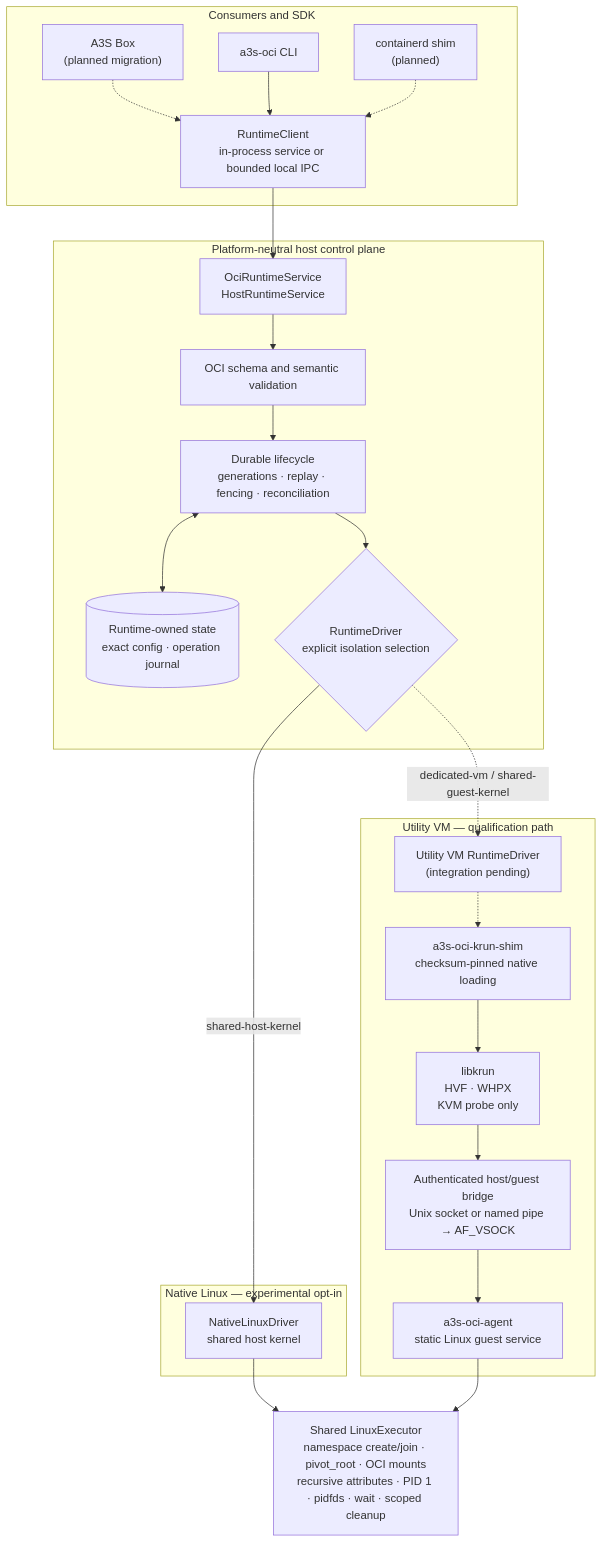
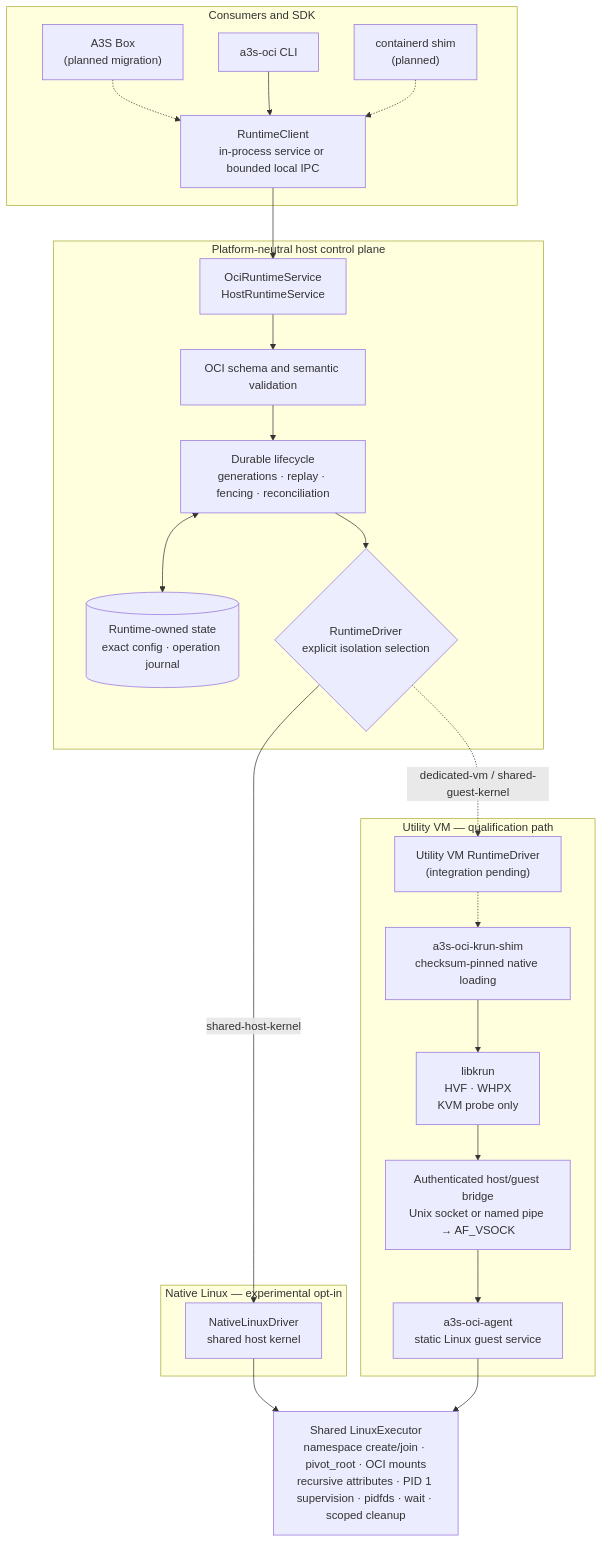
The diagram in README.md (A3S-Lab/OCI-Runtime), drawn with Mermaid before and after one commit. The commit also changed other lines of this file and 23 other files, not shown here.

Commit message:
feat(executor): supervise namespace PID 1

````diff
--- a/README.md
+++ b/README.md
@@ -512,46 +513,46 @@
 ```mermaid
 flowchart TB
     subgraph consumers["Consumers and SDK"]
         box["A3S Box<br/>(planned migration)"]
         cli["a3s-oci CLI"]
         containerd["containerd shim<br/>(planned)"]
         client["RuntimeClient<br/>in-process service or bounded local IPC"]
         box -.-> client
         cli --> client
         containerd -.-> client
     end
 
     subgraph control["Platform-neutral host control plane"]
         service["OciRuntimeService<br/>HostRuntimeService"]
         validation["OCI schema and semantic validation"]
         lifecycle["Durable lifecycle<br/>generations · replay · fencing · reconciliation"]
         state[("Runtime-owned state<br/>exact config · operation journal")]
         selection{"RuntimeDriver<br/>explicit isolation selection"}
 
         service --> validation --> lifecycle --> selection
         lifecycle <--> state
     end
 
     subgraph native["Native Linux — experimental opt-in"]
         native_driver["NativeLinuxDriver<br/>shared host kernel"]
     end
 
     subgraph utility["Utility VM — qualification path"]
         utility_driver["Utility VM RuntimeDriver<br/>(integration pending)"]
         shim["a3s-oci-krun-shim<br/>checksum-pinned native loading"]
         hypervisor["libkrun<br/>HVF · WHPX<br/>KVM probe only"]
         bridge["Authenticated host/guest bridge<br/>Unix socket or named pipe → AF_VSOCK"]
         agent["a3s-oci-agent<br/>static Linux guest service"]
 
         utility_driver -.-> shim
         shim --> hypervisor --> bridge --> agent
     end
 
-    executor["Shared LinuxExecutor<br/>namespace create/join · pivot_root · OCI mounts<br/>recursive attributes · PID 1 · pidfds · wait · scoped cleanup"]
+    executor["Shared LinuxExecutor<br/>namespace create/join · pivot_root · OCI mounts<br/>recursive attributes · PID 1 supervision · pidfds · wait · scoped cleanup"]
 
     client --> service
     selection -->|"shared-host-kernel"| native_driver
     selection -.->|"dedicated-vm / shared-guest-kernel"| utility_driver
     native_driver --> executor
     agent --> executor
 ```
````
